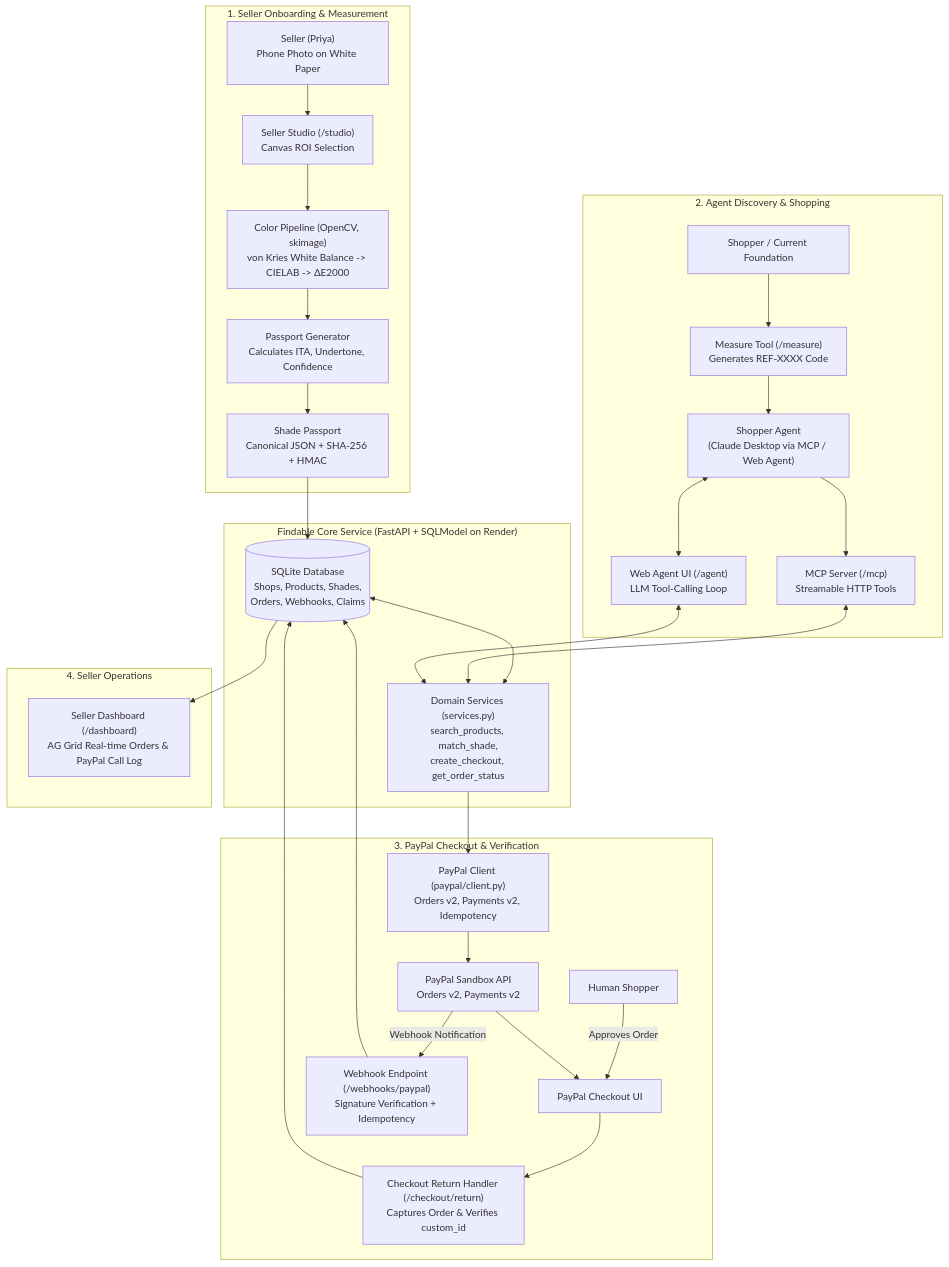
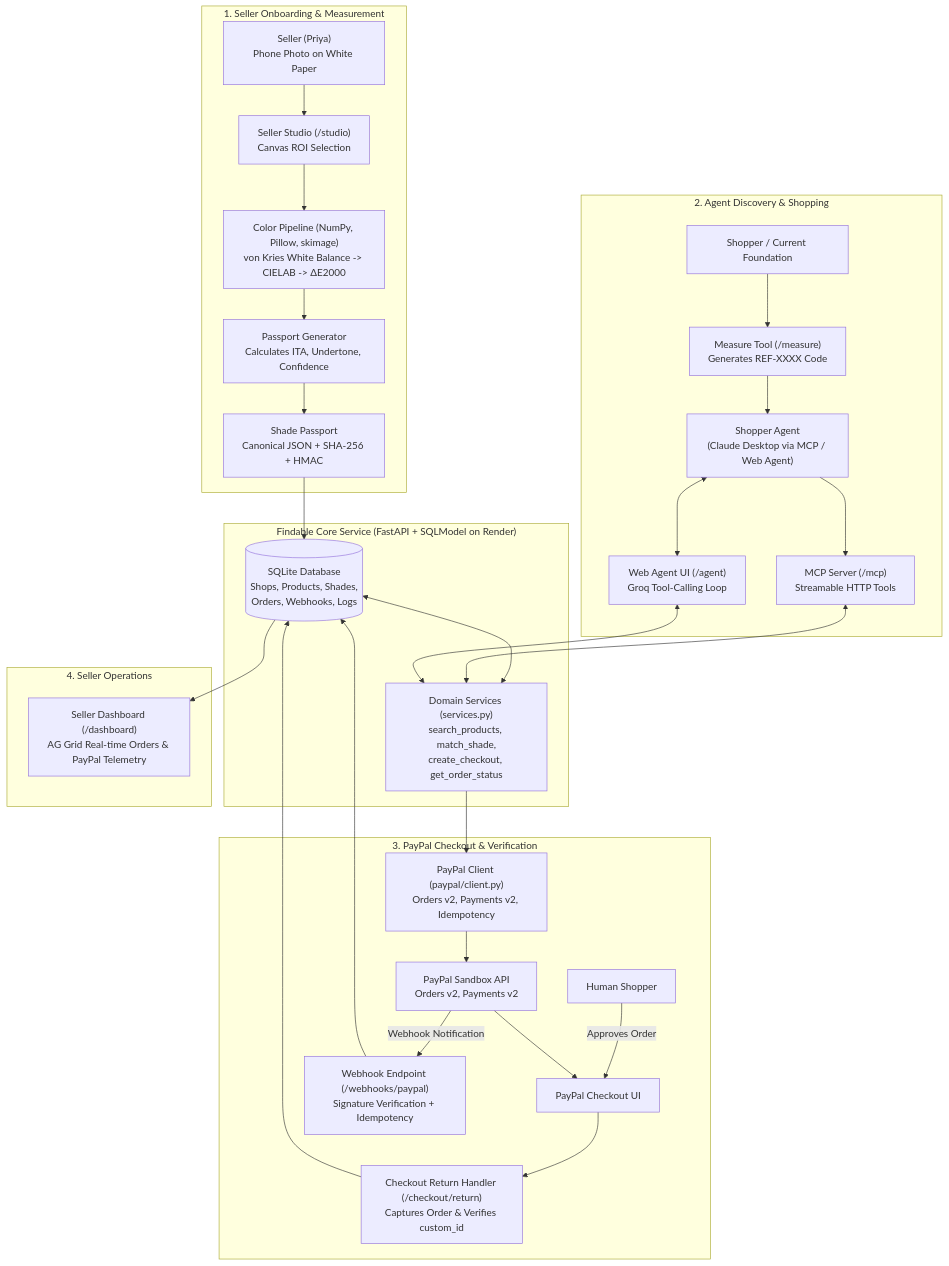
One commit to sury228/FINDABLE changed the first of 3 diagrams in ARCHITECTURE.md. Above: the diagram before and after it, drawn with Mermaid. The commit also changed other lines of this file and 28 other files, not shown here.

````diff
--- a/ARCHITECTURE.md
+++ b/ARCHITECTURE.md
@@ -11,40 +11,41 @@
 ```mermaid
 flowchart TD
     subgraph SellerSide ["1. Seller Onboarding & Measurement"]
         Priya["Seller (Priya)<br/>Phone Photo on White Paper"] --> Studio["Seller Studio (/studio)<br/>Canvas ROI Selection"]
-        Studio --> ColorPipeline["Color Pipeline (OpenCV, skimage)<br/>von Kries White Balance -> CIELAB -> ΔE2000"]
+        Studio --> ColorPipeline["Color Pipeline (NumPy, Pillow, skimage)<br/>von Kries White Balance -> CIELAB -> ΔE2000"]
         ColorPipeline --> PassportGen["Passport Generator<br/>Calculates ITA, Undertone, Confidence"]
         PassportGen --> SignedPassport["Shade Passport<br/>Canonical JSON + SHA-256 + HMAC"]
     end
 
     subgraph CoreBackend ["Findable Core Service (FastAPI + SQLModel on Render)"]
-        SQLite[(SQLite Database<br/>Shops, Products, Shades,<br/>Orders, Webhooks, Claims)]
+        SQLite[(SQLite Database<br/>Shops, Products, Shades,<br/>Orders, Webhooks, Logs)]
         SignedPassport --> SQLite
         Services["Domain Services (services.py)<br/>search_products, match_shade,<br/>create_checkout, get_order_status"]
         SQLite <--> Services
     end
 
     subgraph AgentShopping ["2. Agent Discovery & Shopping"]
         Shopper["Shopper / Current Foundation"] --> MeasureRef["Measure Tool (/measure)<br/>Generates REF-XXXX Code"]
         MeasureRef --> AgentChat["Shopper Agent<br/>(Claude Desktop via MCP / Web Agent)"]
-        AgentChat --> MCPServer["MCP Server (/mcp)<br/>Streamable HTTP Tools"]
+        MCPServer["MCP Server (/mcp)<br/>Streamable HTTP Tools"]
+        AgentChat --> MCPServer
         MCPServer <--> Services
-        AgentChat <--> WebAgent["Web Agent UI (/agent)<br/>LLM Tool-Calling Loop"]
+        AgentChat <--> WebAgent["Web Agent UI (/agent)<br/>Groq Tool-Calling Loop"]
         WebAgent <--> Services
     end
 
     subgraph PaymentFulfillment ["3. PayPal Checkout & Verification"]
         Services --> PayPalClient["PayPal Client (paypal/client.py)<br/>Orders v2, Payments v2, Idempotency"]
         PayPalClient --> PayPalSandbox["PayPal Sandbox API<br/>Orders v2, Payments v2"]
         ShopperUser["Human Shopper"] -->|Approves Order| PayPalCheckout["PayPal Checkout UI"]
         PayPalSandbox --> PayPalCheckout
         PayPalCheckout --> ReturnURL["Checkout Return Handler (/checkout/return)<br/>Captures Order & Verifies custom_id"]
         ReturnURL --> SQLite
         PayPalSandbox -->|Webhook Notification| WebhookHandler["Webhook Endpoint (/webhooks/paypal)<br/>Signature Verification + Idempotency"]
         WebhookHandler --> SQLite
     end
 
     subgraph SellerView ["4. Seller Operations"]
-        SQLite --> SellerDashboard["Seller Dashboard (/dashboard)<br/>AG Grid Real-time Orders & PayPal Call Log"]
+        SQLite --> SellerDashboard["Seller Dashboard (/dashboard)<br/>AG Grid Real-time Orders & PayPal Telemetry"]
     end
 ```
````
